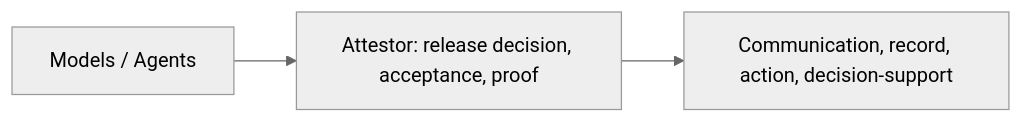
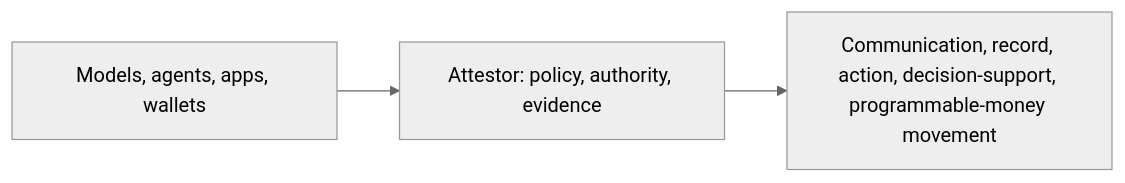
Before and after one commit to 0xlamarr-labs/attestor: the first of 4 diagrams in README.md, drawn with Mermaid (neutral theme). The commit also changed other lines of this file and 4 other files, not shown here.

````diff
--- a/README.md
+++ b/README.md
@@ -57,5 +66,5 @@
 ```mermaid
 flowchart LR
-  M["Models / Agents"] --> A["Attestor: release decision, acceptance, proof"]
-  A --> C["Communication, record, action, decision-support"]
+  P["Models, agents, apps, wallets"] --> A["Attestor: policy, authority, evidence"]
+  A --> C["Communication, record, action, decision-support, programmable-money movement"]
 ```
````
